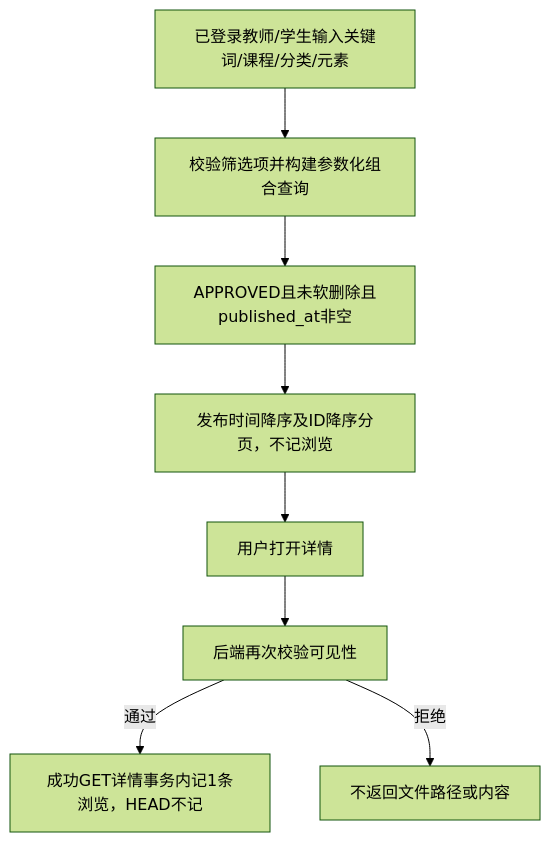
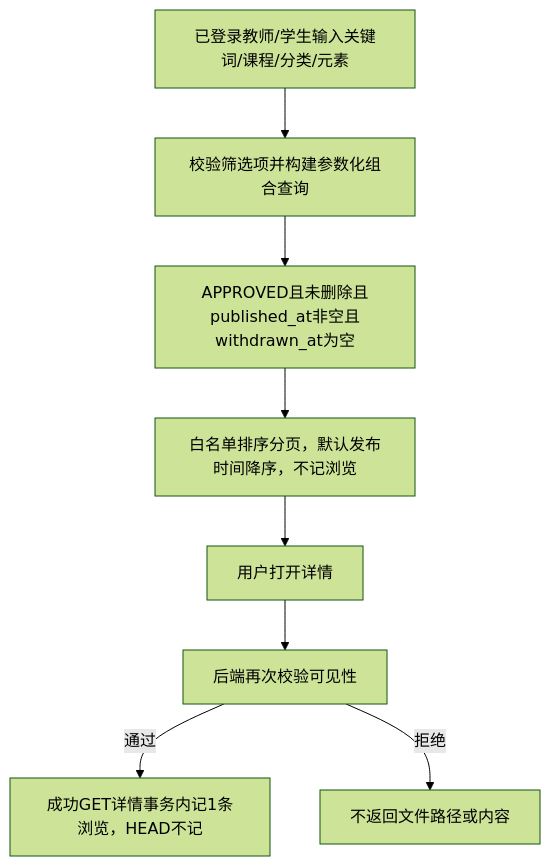
The fourth of 8 diagrams in docs/04-业务流程.md (snowlei1/Management-System), drawn with Mermaid (forest theme) before and after one commit. The commit also changed other lines of this file and 48 other files, not shown here.

````diff
--- a/docs/04-业务流程.md
+++ b/docs/04-业务流程.md
@@ -84,10 +84,10 @@
 ```mermaid
 flowchart TD
     A[已登录教师/学生输入关键词/课程/分类/元素] --> B[校验筛选项并构建参数化组合查询]
-    B --> C[APPROVED且未软删除且published_at非空]
-    C --> D[发布时间降序及ID降序分页，不记浏览]
+    B --> C[APPROVED且未删除且published_at非空且withdrawn_at为空]
+    C --> D[白名单排序分页，默认发布时间降序，不记浏览]
     D --> E[用户打开详情]
     E --> F[后端再次校验可见性]
     F -->|通过| G[成功GET详情事务内记1条浏览，HEAD不记]
     F -->|拒绝| H[不返回文件路径或内容]
 ```
````
